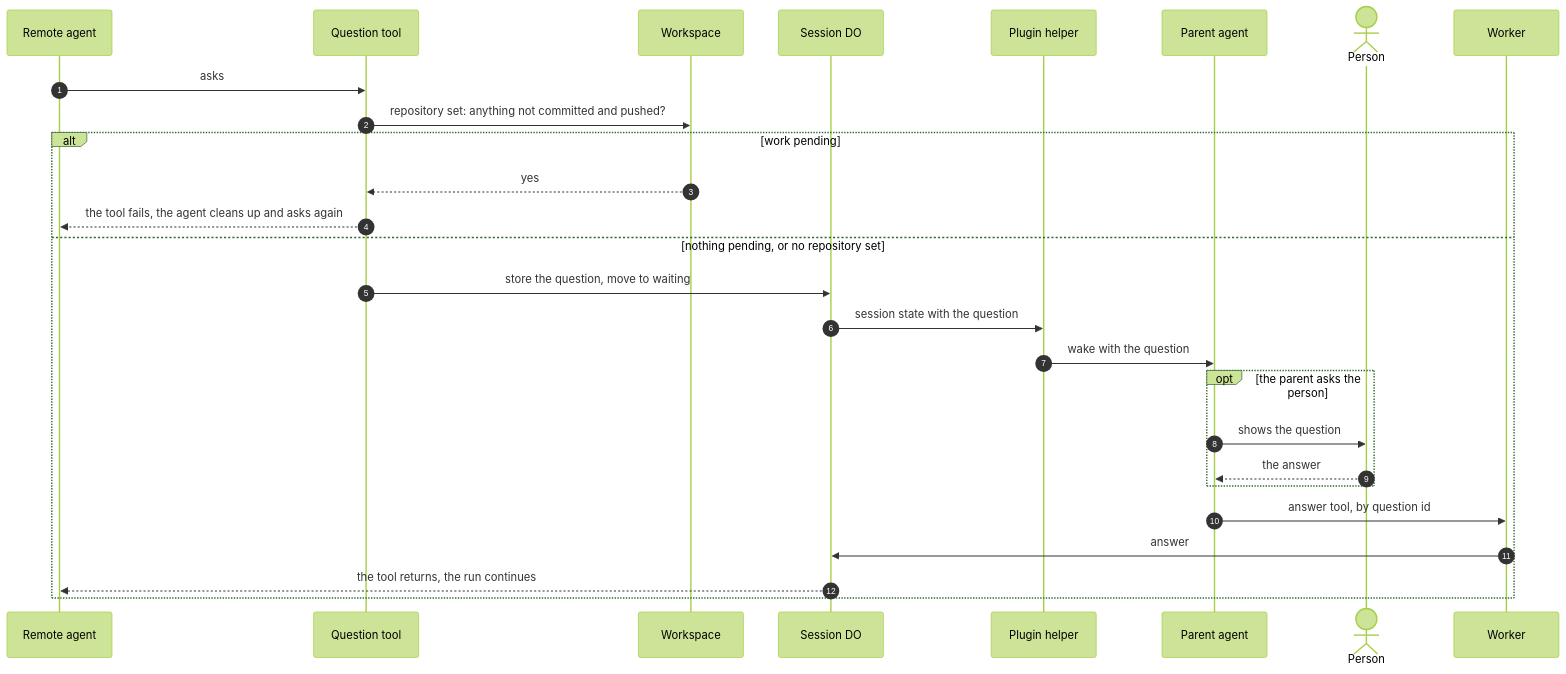
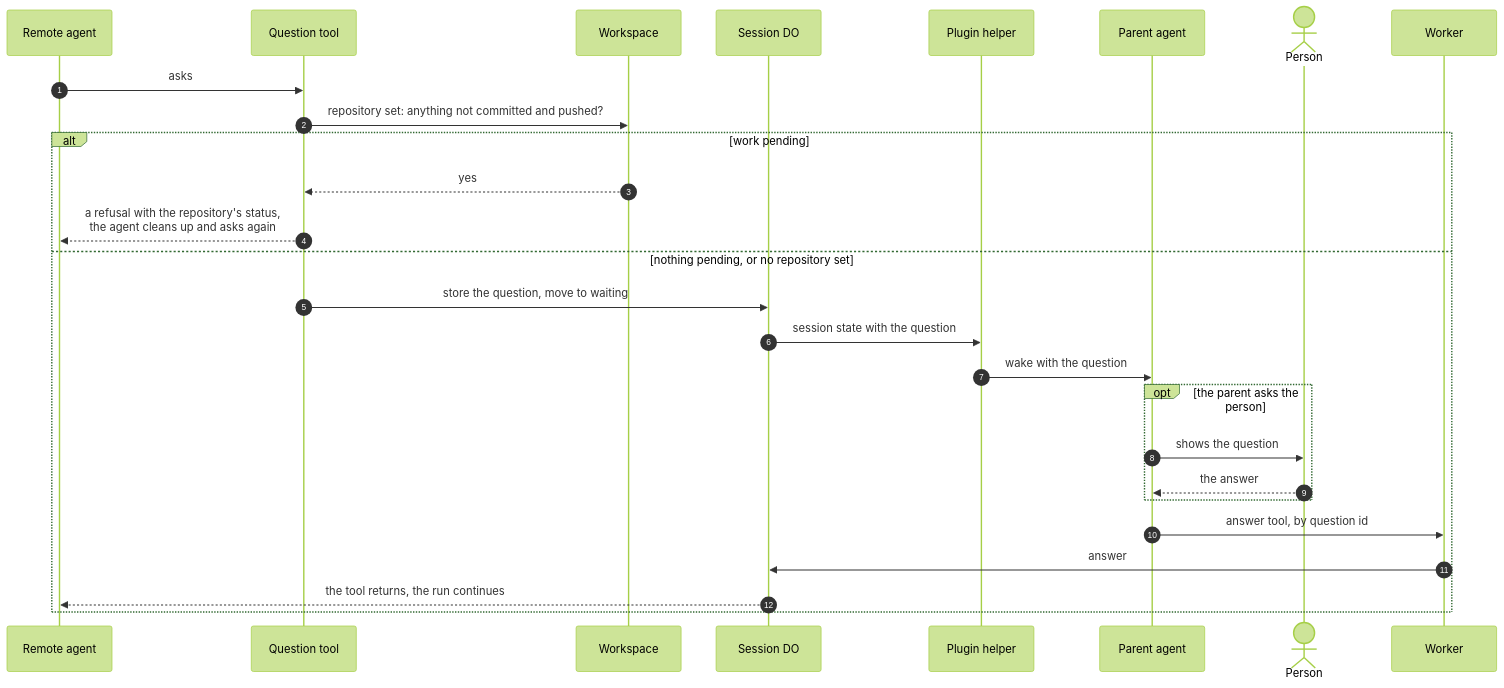
The diagram in docs/technical-design/question-round-trip.md (asermax/tentacles), drawn with Mermaid (forest theme) before and after one commit. The commit also changed other lines of this file and 5 other files, not shown here.

````diff
--- a/docs/technical-design/question-round-trip.md
+++ b/docs/technical-design/question-round-trip.md
@@ -15,29 +15,29 @@
 ```mermaid
 sequenceDiagram
     autonumber
     participant A as Remote agent
     participant T as Question tool
     participant Ws as Workspace
     participant S as Session DO
     participant H as Plugin helper
     participant P as Parent agent
     actor Pe as Person
     participant W as Worker
     A->>T: asks
     T->>Ws: repository set: anything not committed and pushed?
     alt work pending
         Ws-->>T: yes
-        T-->>A: the tool fails, the agent cleans up and asks again
+        T-->>A: a refusal with the repository's status,<br/>the agent cleans up and asks again
     else nothing pending, or no repository set
         T->>S: store the question, move to waiting
         S->>H: session state with the question
         H->>P: wake with the question
         opt the parent asks the person
             P->>Pe: shows the question
             Pe-->>P: the answer
         end
         P->>W: answer tool, by question id
         W->>S: answer
         S-->>A: the tool returns, the run continues
     end
 ```
````
